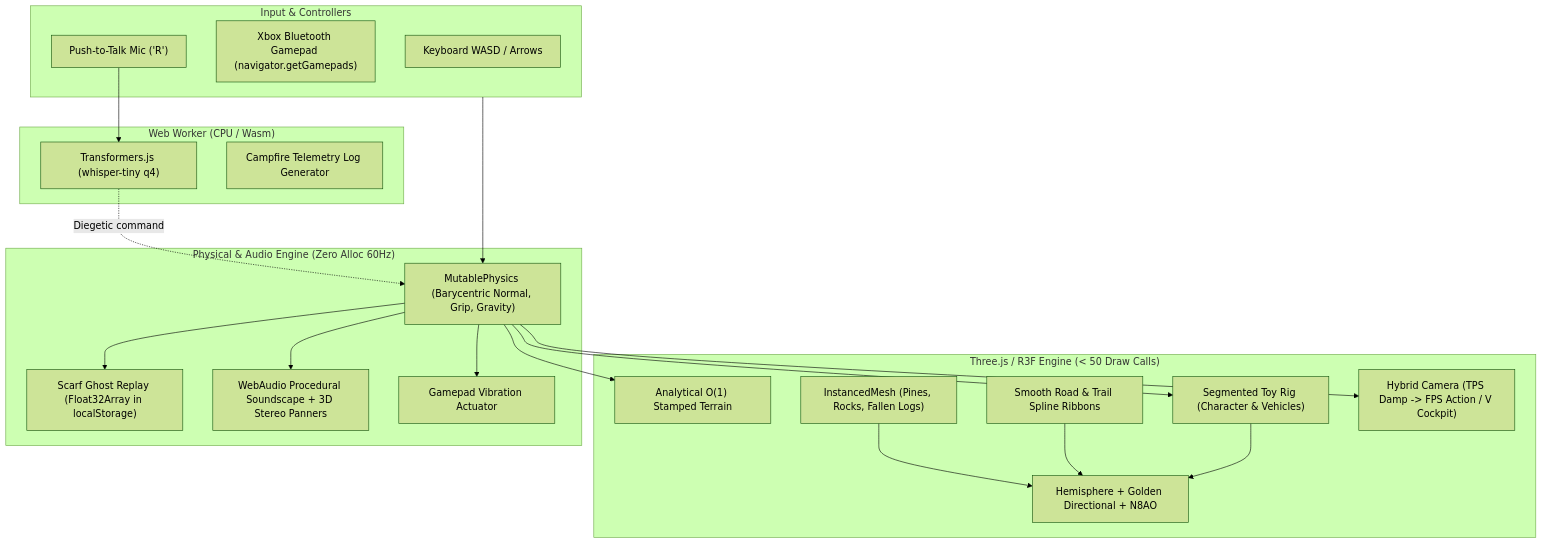
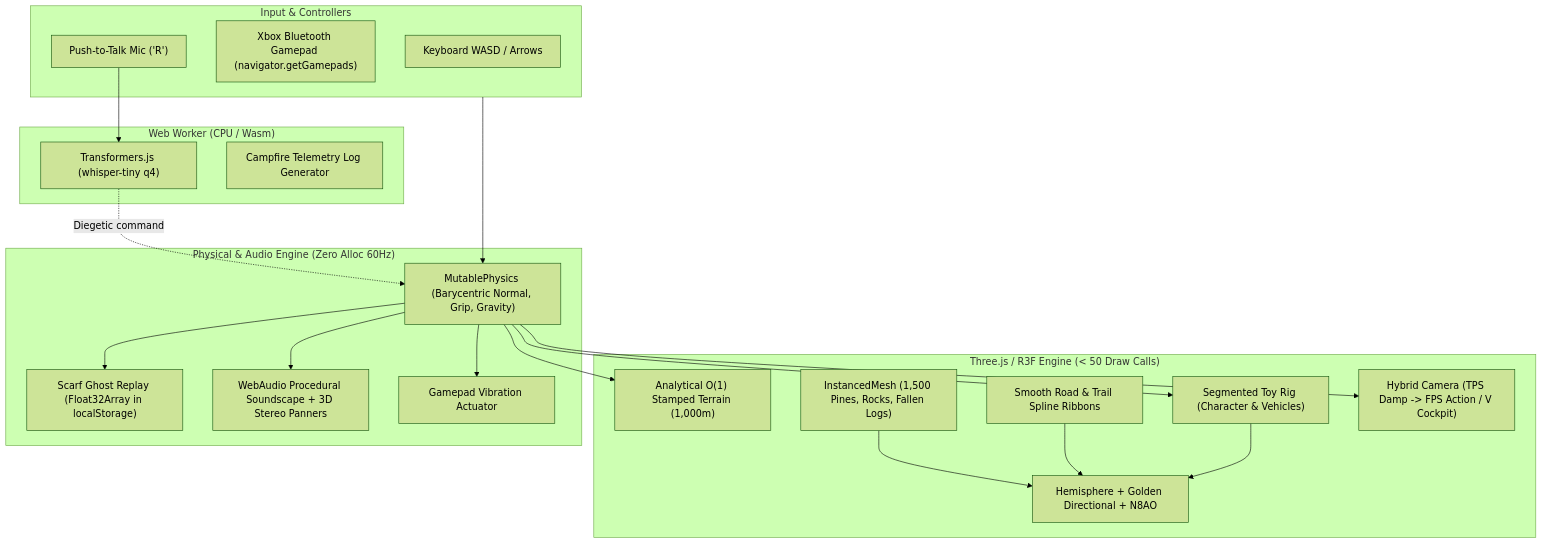
Before and after one commit to QuentinMerle/boreal-flow: the first of 2 diagrams in SESSION_2_ROADMAP.md, drawn with Mermaid (forest theme). The commit also changed other lines of this file, not shown here.

````diff
--- a/SESSION_2_ROADMAP.md
+++ b/SESSION_2_ROADMAP.md
@@ -30,42 +41,42 @@
 ```mermaid
 flowchart TD
   subgraph InputLayer["Input & Controllers"]
     KB["Keyboard WASD / Arrows"]
     Pad["Xbox Bluetooth Gamepad (navigator.getGamepads)"]
     Mic["Push-to-Talk Mic ('R')"]
   end
 
   subgraph WorkerLayer["Web Worker (CPU / Wasm)"]
     Whisper["Transformers.js (whisper-tiny q4)"]
     LogGen["Campfire Telemetry Log Generator"]
   end
 
   subgraph R3FScene["Three.js / R3F Engine (< 50 Draw Calls)"]
-    Terrain["Analytical O(1) Stamped Terrain"]
+    Terrain["Analytical O(1) Stamped Terrain (1,000m)"]
     Ribbons["Smooth Road & Trail Spline Ribbons"]
-    Instanced["InstancedMesh (Pines, Rocks, Fallen Logs)"]
+    Instanced["InstancedMesh (1,500 Pines, Rocks, Fallen Logs)"]
     DioramaRig["Segmented Toy Rig (Character & Vehicles)"]
     Lighting["Hemisphere + Golden Directional + N8AO"]
     Camera["Hybrid Camera (TPS Damp -> FPS Action / V Cockpit)"]
   end
 
   subgraph PhysicsAudio["Physical & Audio Engine (Zero Alloc 60Hz)"]
     Physics["MutablePhysics (Barycentric Normal, Grip, Gravity)"]
     Ghost["Scarf Ghost Replay (Float32Array in localStorage)"]
     Audio["WebAudio Procedural Soundscape + 3D Stereo Panners"]
     Haptics["Gamepad Vibration Actuator"]
   end
 
   InputLayer --> Physics
   Mic --> Whisper
   Whisper -.->|Diegetic command| Physics
   Physics --> Terrain
   Physics --> DioramaRig
   Physics --> Camera
   Physics --> Audio
   Physics --> Haptics
   Physics --> Ghost
   Instanced --> Lighting
   Ribbons --> Lighting
   DioramaRig --> Lighting
 ```
````
